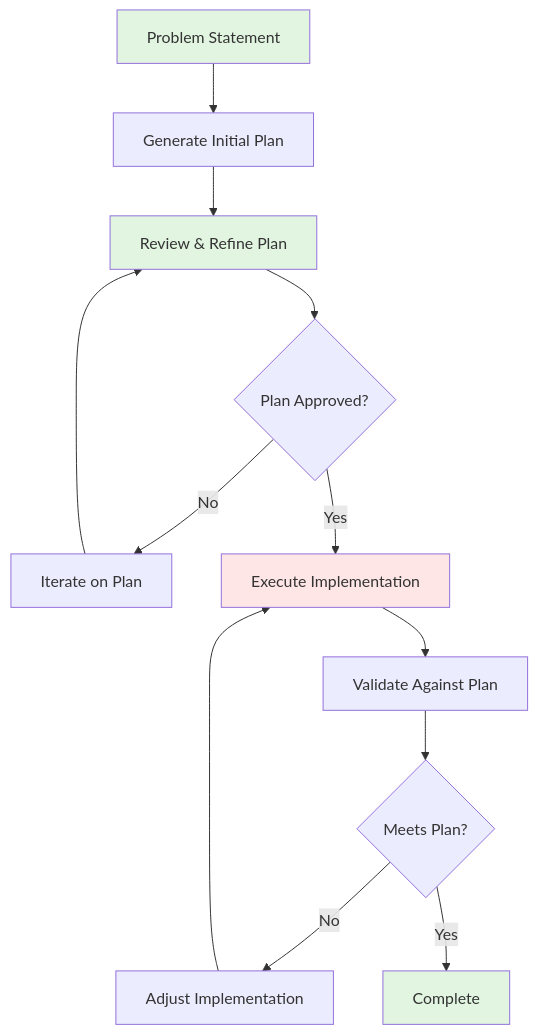
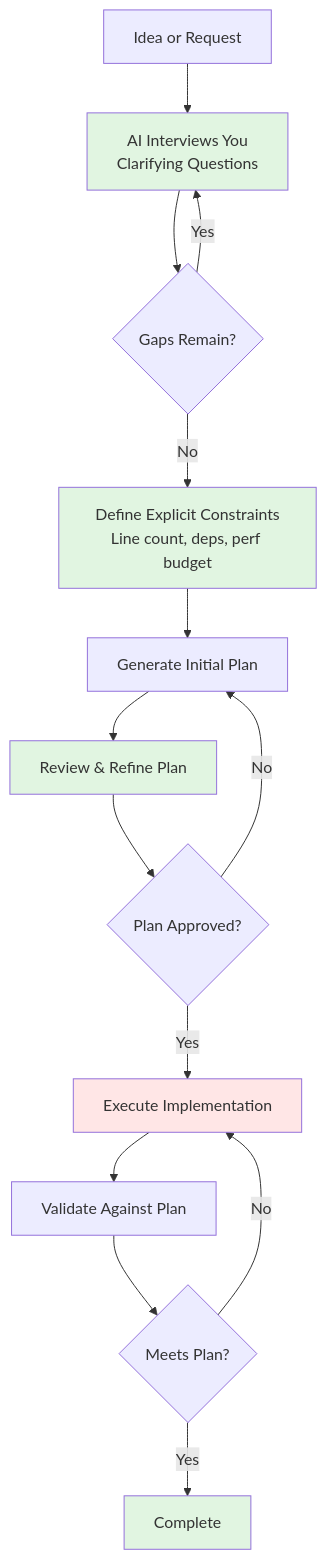
The ninth of 16 diagrams in README.md (PaulDuvall/ai-development-patterns), drawn with Mermaid before and after one commit. The commit also changed other lines of this file and 10 other files, not shown here.

````diff
--- a/README.md
+++ b/README.md
@@ -1080,19 +965,22 @@
 ```mermaid
 graph TD
-    A[Problem Statement] --> B[Generate Initial Plan]
-    B --> C[Review & Refine Plan]
-    C --> D{Plan Approved?}
-    D -->|No| E[Iterate on Plan]
-    E --> C
-    D -->|Yes| F[Execute Implementation]
-    F --> G[Validate Against Plan]
-    G --> H{Meets Plan?}
-    H -->|No| I[Adjust Implementation]
-    I --> F
-    H -->|Yes| J[Complete]
+    A[Idea or Request] --> B[AI Interviews You<br/>Clarifying Questions]
+    B --> C{Gaps Remain?}
+    C -->|Yes| B
+    C -->|No| D[Define Explicit Constraints<br/>Line count, deps, perf budget]
+    D --> E[Generate Initial Plan]
+    E --> F[Review & Refine Plan]
+    F --> G{Plan Approved?}
+    G -->|No| E
+    G -->|Yes| H[Execute Implementation]
+    H --> I[Validate Against Plan]
+    I --> J{Meets Plan?}
+    J -->|No| H
+    J -->|Yes| K[Complete]
 
-    style A fill:#e1f5e1
-    style C fill:#e1f5e1
-    style F fill:#ffe6e6
-    style J fill:#e1f5e1
+    style B fill:#e1f5e1
+    style D fill:#e1f5e1
+    style F fill:#e1f5e1
+    style H fill:#ffe6e6
+    style K fill:#e1f5e1
 ```
````
